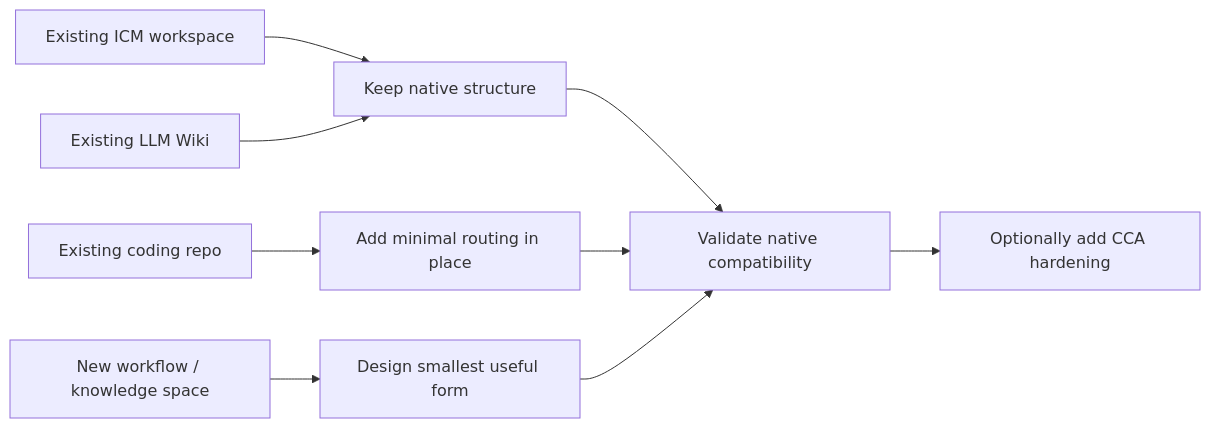
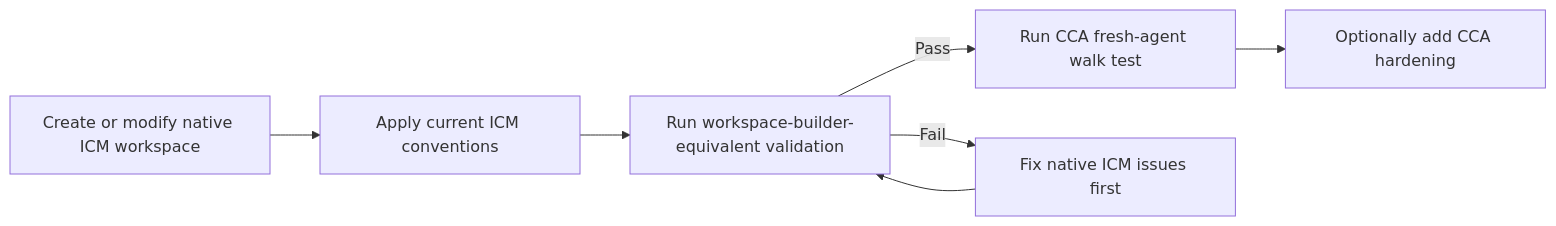
Before and after one commit to yonasuriv/CCA: the third of 4 diagrams in README.md, drawn with Mermaid. The commit also changed other lines of this file, not shown here.

Commit message:
Expand README with compatibility model, use cases, and ICM acceptance guidance

````diff
--- a/README.md
+++ b/README.md
@@ -63,12 +139,9 @@
 ```mermaid
 flowchart LR
-    A["Existing ICM workspace"] --> G["Keep native structure"]
-    B["Existing LLM Wiki"] --> G
-    C["Existing coding repo"] --> S["Add minimal routing in place"]
-    D["New workflow / knowledge space"] --> R["Design smallest useful form"]
-
-    G --> V["Validate native compatibility"]
-    S --> V
-    R --> V
-    V --> H["Optionally add CCA hardening"]
+    A["Create or modify native ICM workspace"] --> C["Apply current ICM conventions"]
+    C --> V["Run workspace-builder-equivalent validation"]
+    V -->|"Pass"| W["Run CCA fresh-agent walk test"]
+    V -->|"Fail"| F["Fix native ICM issues first"]
+    F --> V
+    W --> H["Optionally add CCA hardening"]
 ```
````
